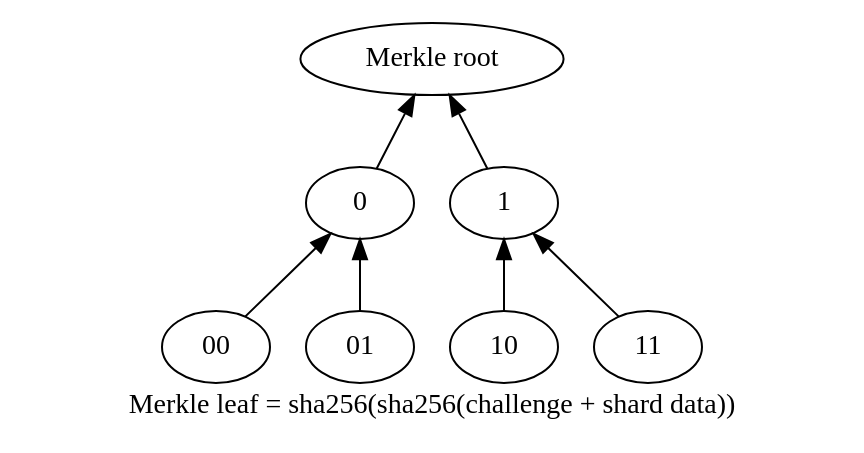
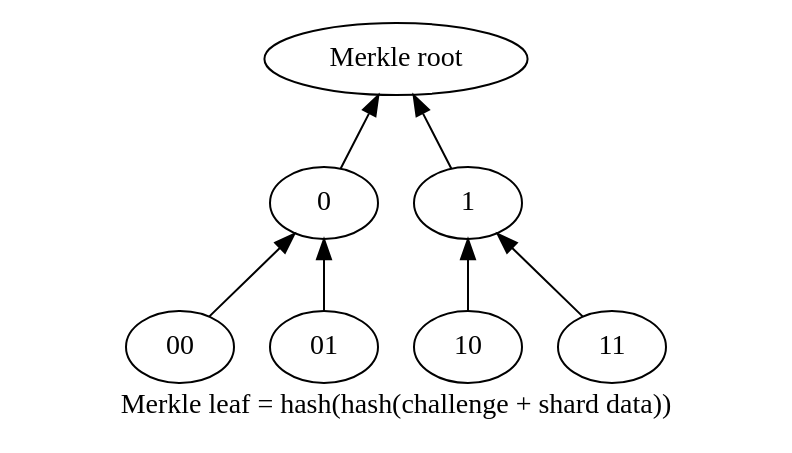
The diagram in storjterms/audit/scheme.dot (StorjOld/storjspec), drawn with Graphviz before and after one commit. The commit also changed 3 other files, not shown here.

```diff
--- a/storjterms/audit/scheme.dot
+++ b/storjterms/audit/scheme.dot
@@ -1,17 +1,17 @@
 // syntax guide: http://www.graphviz.org/pdf/dotguide.pdf
 // compile png: `dot -Tpng scheme.dot -o scheme.png`
 // compile pdf: `dot -Tpdf scheme.dot -o scheme.pdf`
 
 
 digraph G {
-    label="Merkle leaf = sha256(sha256(challenge + shard data))"
+    label="Merkle leaf = hash(hash(challenge + shard data))"
 
     rankdir = BT;
 
     "00" -> 0;
     "01" -> 0;
     "10" -> 1;
     "11" -> 1;
     0 -> "Merkle root"
     1 -> "Merkle root"
 }
```
